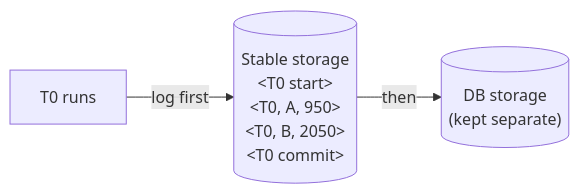
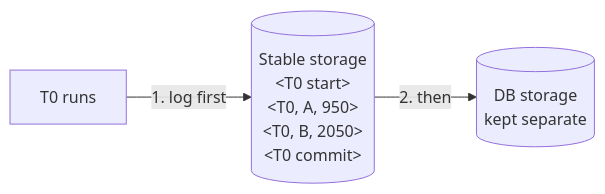
One commit to aaryan-pradhan/core-cs-fundamentals changed the fifth of 9 diagrams in dbms/13-atomicity-durability.md. Above: the diagram before and after it, drawn with Mermaid. The commit also changed other lines of this file, not shown here.

````diff
--- a/dbms/13-atomicity-durability.md
+++ b/dbms/13-atomicity-durability.md
@@ -93,5 +77,5 @@
 ```mermaid
 flowchart LR
-  T["T0 runs"] -- "log first" --> L[("Stable storage<br/>&lt;T0 start&gt;<br/>&lt;T0, A, 950&gt;<br/>&lt;T0, B, 2050&gt;<br/>&lt;T0 commit&gt;")]
-  L -- "then" --> D[("DB storage<br/>(kept separate)")]
+  T["T0 runs"] -- "1. log first" --> L[("Stable storage<br/>&lt;T0 start&gt;<br/>&lt;T0, A, 950&gt;<br/>&lt;T0, B, 2050&gt;<br/>&lt;T0 commit&gt;")]
+  L -- "2. then" --> D[("DB storage<br/>kept separate")]
 ```
````
